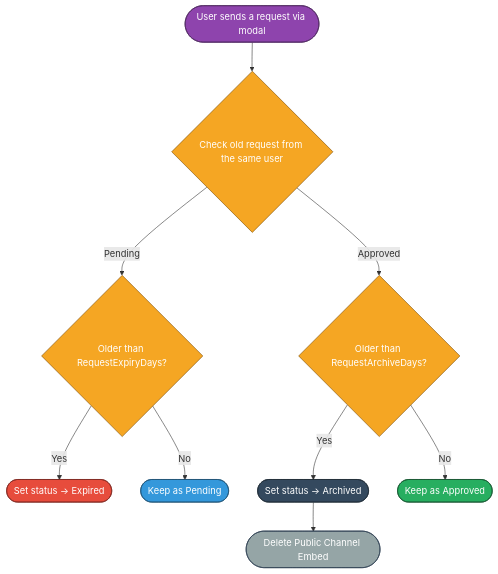
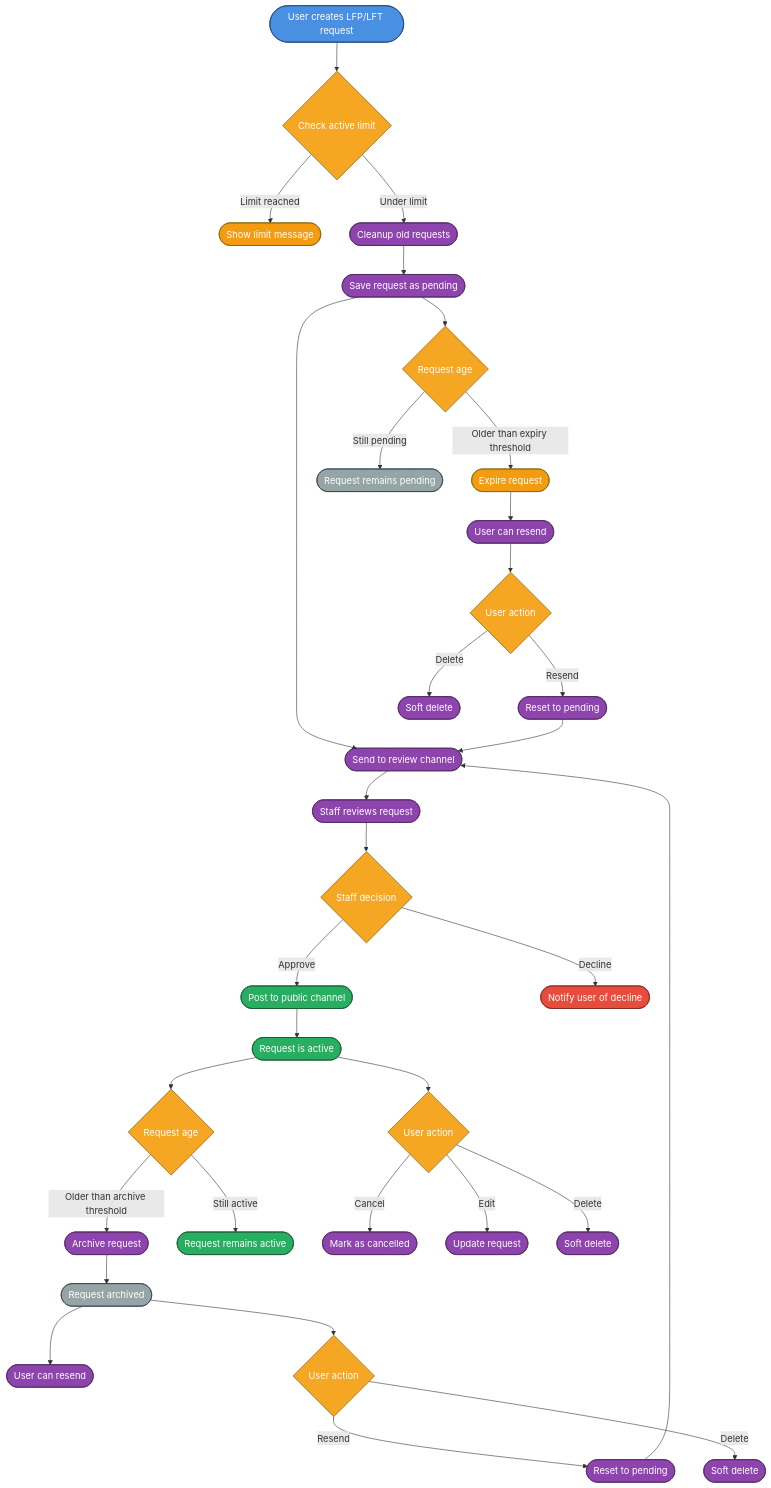
Before and after one commit to MonishKrishna2009/Apatite-Bot: the first of 2 diagrams in GitAssets/docs/Lfp-Lft System.md, drawn with Mermaid. The commit also changed other lines of this file and 16 other files, not shown here.

Commit message:
feat: enhance LFP/LFT system with multi-game support, refined request management, and improved channel configurations

````diff
--- a/GitAssets/docs/Lfp-Lft System.md
+++ b/GitAssets/docs/Lfp-Lft System.md
@@ -82,21 +25,53 @@
 ```mermaid
 flowchart TD
-    A([User sends a request via modal]):::process --> B{Check old request from the same user}:::decision
-
-    B -- Pending --> C{Older than RequestExpiryDays?}:::decision
-    C -- Yes --> D([Set status → Expired]):::expired
-    C -- No --> E([Keep as Pending]):::pending
-
-    B -- Approved --> F{Older than RequestArchiveDays?}:::decision
-    F -- Yes --> G([Set status → Archived]):::archived --> H([Delete Public Channel Embed]):::cleanup
-    F -- No --> I([Keep as Approved]):::approved
+    A([User creates LFP/LFT request]):::user --> B{Check active limit}:::decision
+    B -- Limit reached --> C([Show limit message]):::warning
+    B -- Under limit --> D([Cleanup old requests]):::process
+    D --> E([Save request as pending]):::process
+    E --> F([Send to review channel]):::process
+    F --> G([Staff reviews request]):::process
+    
+    G --> H{Staff decision}:::decision
+    H -- Approve --> I([Post to public channel]):::success
+    H -- Decline --> J([Notify user of decline]):::error
+    
+    I --> K([Request is active]):::success
+    K --> L{Request age}:::decision
+    L -- Older than archive threshold --> M([Archive request]):::process
+    L -- Still active --> N([Request remains active]):::success
+    
+    M --> O([Request archived]):::neutral
+    O --> P([User can resend]):::process
+    
+    E --> Q{Request age}:::decision
+    Q -- Older than expiry threshold --> R([Expire request]):::warning
+    Q -- Still pending --> S([Request remains pending]):::neutral
+    
+    R --> T([User can resend]):::process
+    
+    %% User actions
+    K --> U{User action}:::decision
+    U -- Cancel --> V([Mark as cancelled]):::process
+    U -- Edit --> W([Update request]):::process
+    U -- Delete --> X([Soft delete]):::process
+    
+    O --> Y{User action}:::decision
+    Y -- Resend --> Z([Reset to pending]):::process
+    Y -- Delete --> AA([Soft delete]):::process
+    
+    T --> BB{User action}:::decision
+    BB -- Resend --> CC([Reset to pending]):::process
+    BB -- Delete --> DD([Soft delete]):::process
+    
+    Z --> F
+    CC --> F
 
     %% Styles
+    classDef user fill:#4A90E2,stroke:#1C3D6E,color:#fff;
+    classDef decision fill:#F5A623,stroke:#7A4A00,color:#fff;
     classDef process fill:#8E44AD,stroke:#4A235A,color:#fff;
-    classDef decision fill:#F5A623,stroke:#7A4A00,color:#fff;
-    classDef expired fill:#E74C3C,stroke:#7B241C,color:#fff;
-    classDef archived fill:#34495E,stroke:#1C2833,color:#fff;
-    classDef pending fill:#3498DB,stroke:#1B4F72,color:#fff;
-    classDef approved fill:#27AE60,stroke:#14532D,color:#fff;
-    classDef cleanup fill:#95A5A6,stroke:#2C3E50,color:#fff;
+    classDef success fill:#27AE60,stroke:#14532D,color:#fff;
+    classDef error fill:#E74C3C,stroke:#7B241C,color:#fff;
+    classDef warning fill:#F39C12,stroke:#7D6608,color:#fff;
+    classDef neutral fill:#95A5A6,stroke:#2C3E50,color:#fff;
 ```
````
